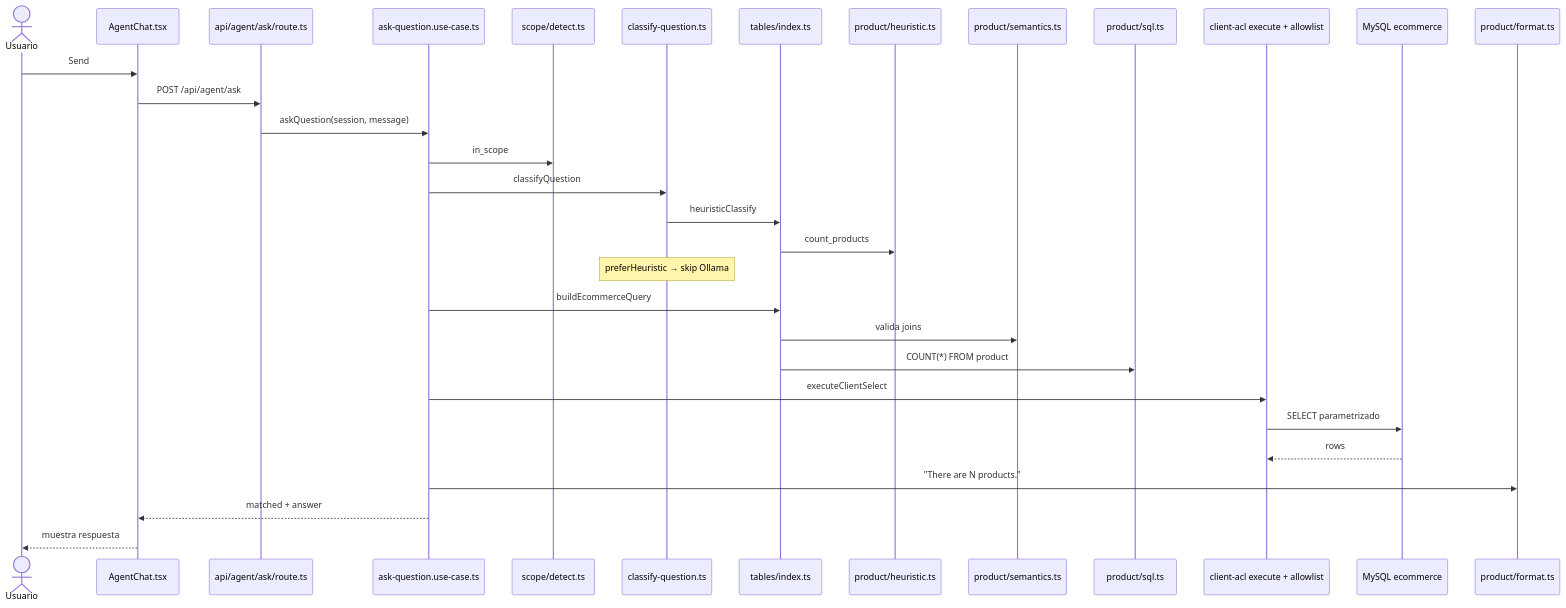
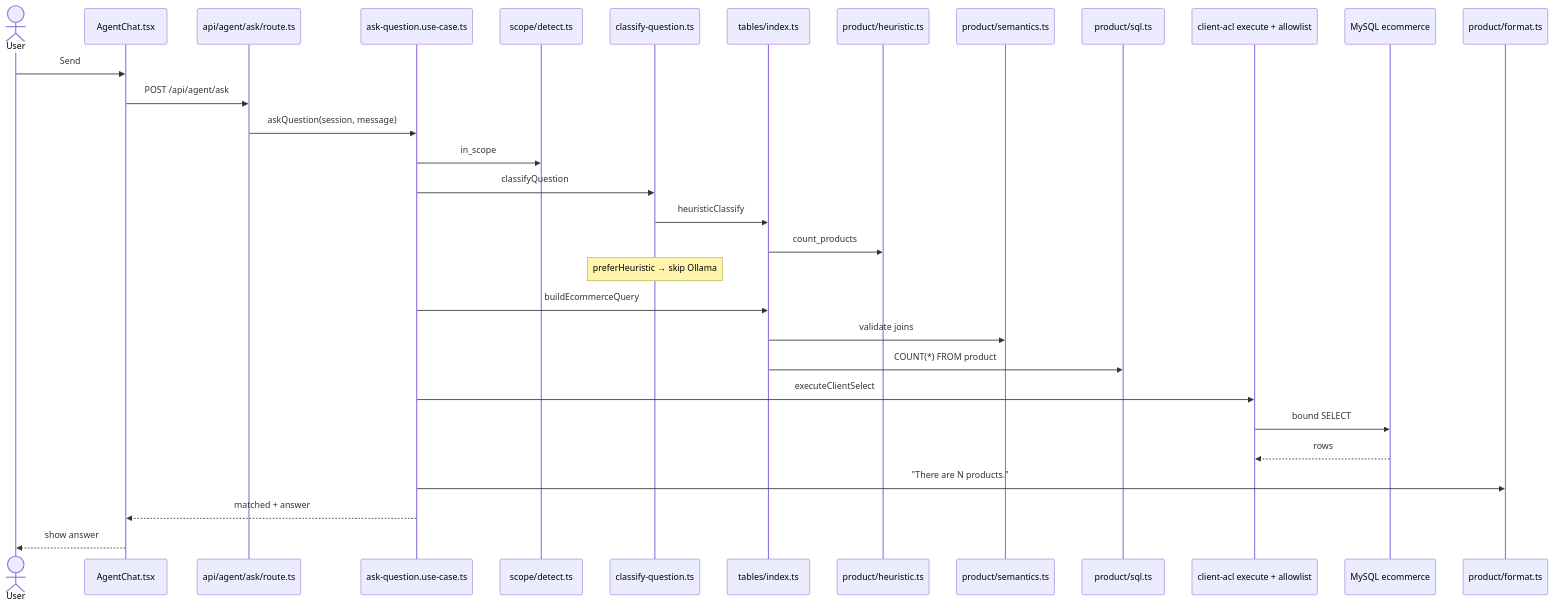
The second of 2 diagrams in README.md (jjmirandaa86/ia-ecommerce-v3), drawn with Mermaid before and after one commit. The commit also changed other lines of this file, not shown here.

````diff
--- a/README.md
+++ b/README.md
@@ -140,34 +140,34 @@
 ```mermaid
 sequenceDiagram
-  actor U as Usuario
+  actor U as User
   participant Chat as AgentChat.tsx
   participant API as api/agent/ask/route.ts
   participant Ask as ask-question.use-case.ts
   participant Scope as scope/detect.ts
   participant Cls as classify-question.ts
   participant Reg as tables/index.ts
   participant Heu as product/heuristic.ts
   participant Sem as product/semantics.ts
   participant Sql as product/sql.ts
   participant Acl as client-acl execute + allowlist
   participant DB as MySQL ecommerce
   participant Fmt as product/format.ts
 
   U->>Chat: Send
   Chat->>API: POST /api/agent/ask
   API->>Ask: askQuestion(session, message)
   Ask->>Scope: in_scope
   Ask->>Cls: classifyQuestion
   Cls->>Reg: heuristicClassify
   Reg->>Heu: count_products
   Note over Cls: preferHeuristic → skip Ollama
   Ask->>Reg: buildEcommerceQuery
-  Reg->>Sem: valida joins
+  Reg->>Sem: validate joins
   Reg->>Sql: COUNT(*) FROM product
   Ask->>Acl: executeClientSelect
-  Acl->>DB: SELECT parametrizado
+  Acl->>DB: bound SELECT
   DB-->>Acl: rows
   Ask->>Fmt: "There are N products."
   Ask-->>Chat: matched + answer
-  Chat-->>U: muestra respuesta
+  Chat-->>U: show answer
 ```
````
